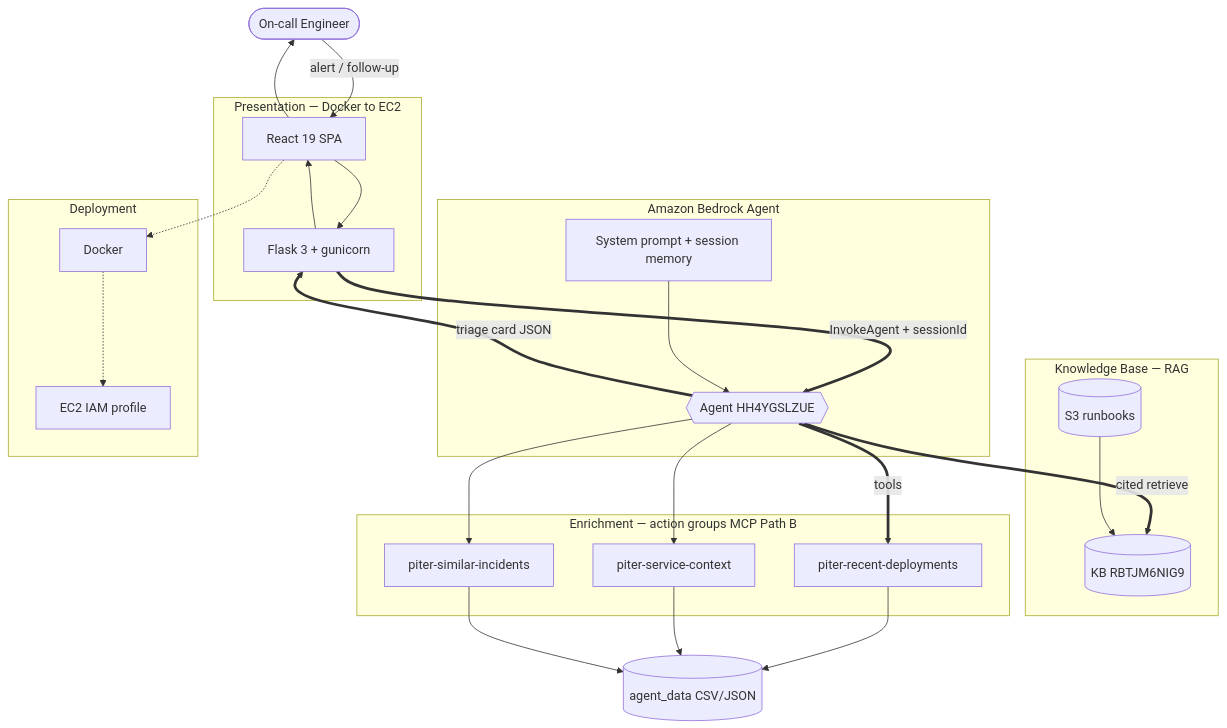
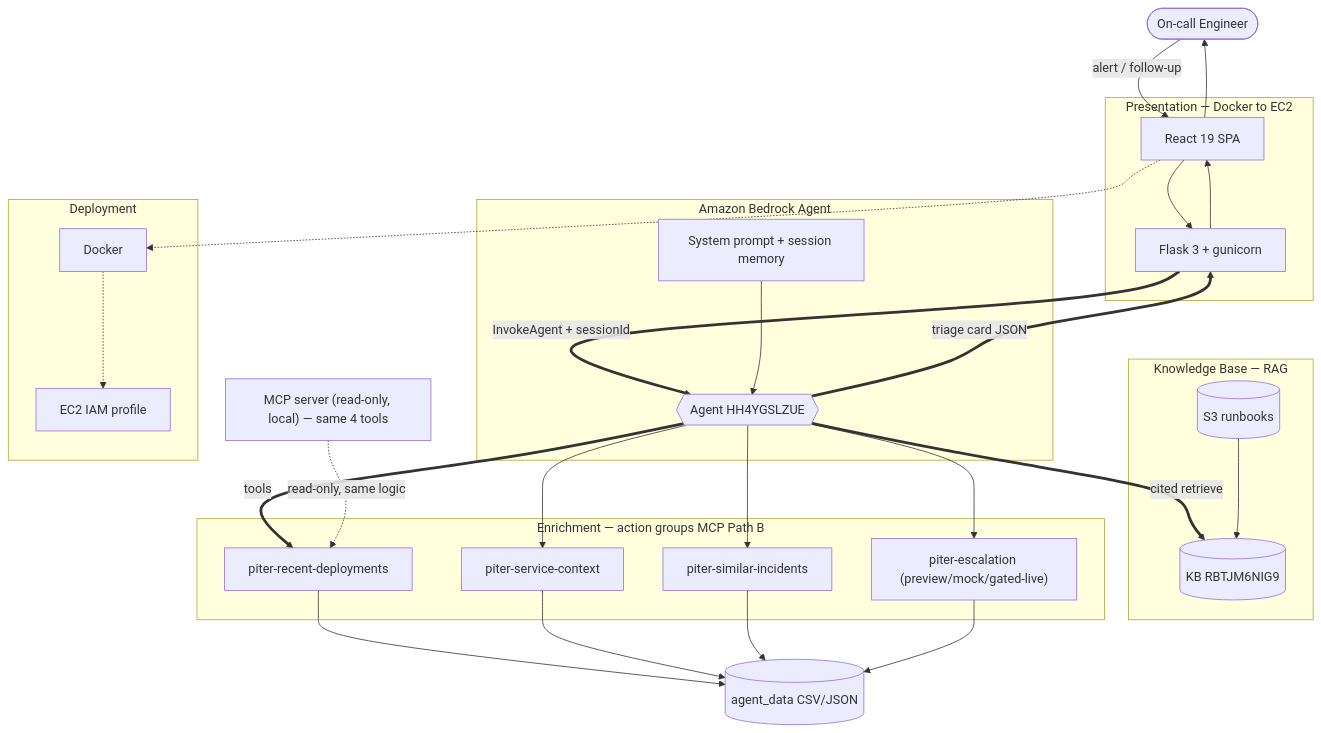
Before and after one commit to reem-mor/ai-engineering-portfolio: the diagram in projects/piter-aiops/README.md, drawn with Mermaid. The commit also changed other lines of this file and 1 other file, not shown here.

First line of the commit message:
docs(arch,readme): complete architecture flow and fix README links

````diff
--- a/projects/piter-aiops/README.md
+++ b/projects/piter-aiops/README.md
@@ -263,50 +271,55 @@
 ```mermaid
 flowchart TB
     user(["On-call Engineer"])
 
     subgraph UI["Presentation — Docker to EC2"]
         spa["React 19 SPA"]
         flask["Flask 3 + gunicorn"]
     end
 
     subgraph Agent["Amazon Bedrock Agent"]
         inst["System prompt + session memory"]
         bedrock{{"Agent HH4YGSLZUE"}}
     end
 
     subgraph KBox["Knowledge Base — RAG"]
         kb[("KB RBTJM6NIG9")]
         s3[("S3 runbooks")]
     end
 
     subgraph Tools["Enrichment — action groups MCP Path B"]
         l1["piter-recent-deployments"]
         l2["piter-service-context"]
         l3["piter-similar-incidents"]
+        l4["piter-escalation (preview/mock/gated-live)"]
     end
 
+    mcp["MCP server (read-only, local) — same 4 tools"]
     data[("agent_data CSV/JSON")]
 
     subgraph INFRA["Deployment"]
         docker["Docker"]
         ec2["EC2 IAM profile"]
     end
 
     user -->|"alert / follow-up"| spa
     spa --> flask
     flask ==>|"InvokeAgent + sessionId"| bedrock
     inst --> bedrock
     bedrock ==>|"cited retrieve"| kb
     s3 --> kb
     bedrock ==>|"tools"| l1
     bedrock --> l2
     bedrock --> l3
+    bedrock --> l4
+    mcp -.->|"read-only, same logic"| l1
     l1 --> data
     l2 --> data
     l3 --> data
+    l4 --> data
     bedrock ==>|"triage card JSON"| flask
     flask --> spa
     spa --> user
     spa -.-> docker
     docker -.-> ec2
 ```
````
